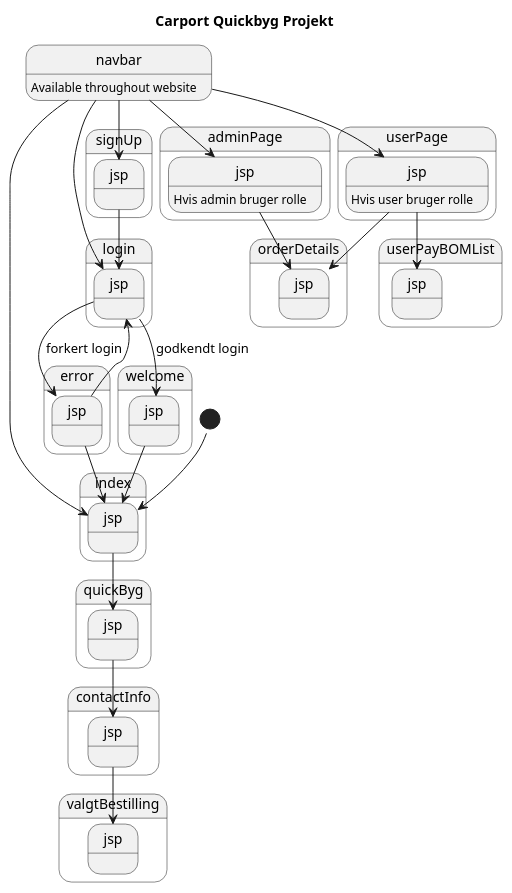
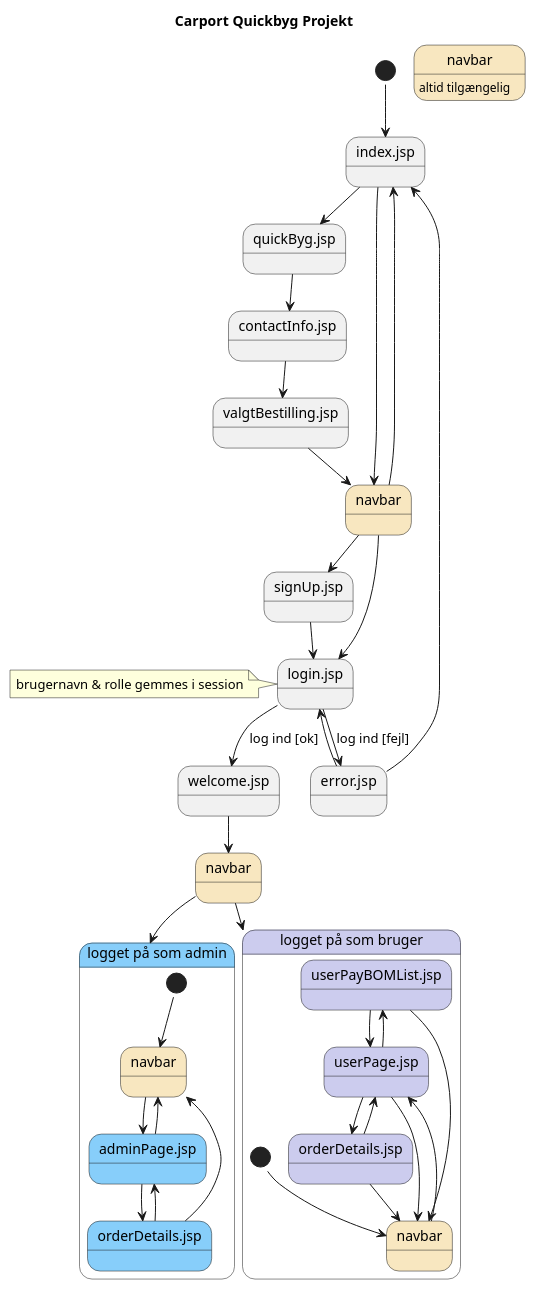
Before and after one commit to JuliusLansner/CarportWebapp: the diagram in src/main/plantUML/Navigationsdiagram.puml, drawn with PlantUML. The commit also changed other lines of this file and 4 other files, not shown here.

First line of the commit message:
ServletAdminPage now works without errors

```diff
--- a/src/main/plantUML/Navigationsdiagram.puml
+++ b/src/main/plantUML/Navigationsdiagram.puml
@@ -1,52 +1,66 @@
 @startuml
 !pragma layout smetana
 
 title Carport Quickbyg Projekt
-state index.jsp
-state error.jsp
-state login.jsp
-state signUp.jsp
-state welcome.jsp
-state contactInfo.jsp
-state orderDetails.jsp
-state quickByg.jsp
-state userPayBOMList.jsp
-state valgtBestilling.jsp
-state userPage.jsp
-state adminPage.jsp
+state "index.jsp" as indexJSP
+state "login.jsp" as loginJSP
+state "error.jsp" as errorJSP
+state "signUp.jsp" as signUpJSP
+state "contactInfo.jsp" as contactInfoJSP
+state "quickByg.jsp" as quickBygJSP
+state "valgtBestilling.jsp" as valgtBestillingJSP
+state "welcome.jsp" as welcomeJSP
+state navbar#Strategy: altid tilgængelig
+state "navbar" as navbar1 #Strategy
+state "navbar" as navbar2 #Strategy
+state "logget på som admin" as admin
+state "logget på som bruger" as bruger
 
-navbar:Available throughout website
-adminPage.jsp:Hvis admin bruger rolle
-userPage.jsp: Hvis user bruger rolle
+note left of loginJSP
+brugernavn & rolle gemmes i session
+end note
 
-
-[*] --> index.jsp
-
-navbar-->index.jsp
-navbar-->login.jsp
-navbar-->signUp.jsp
-
-navbar-->adminPage.jsp
-adminPage.jsp-->orderDetails.jsp
-navbar-->userPage.jsp
-userPage.jsp-->orderDetails.jsp
-userPage.jsp-->userPayBOMList.jsp
-
-login.jsp --> welcome.jsp: godkendt login
-login.jsp --> error.jsp: forkert login
-error.jsp --> index.jsp
-error.jsp --> login.jsp
-
-signUp.jsp-->login.jsp
-welcome.jsp --> index.jsp
-
-index.jsp-->quickByg.jsp
-quickByg.jsp-->contactInfo.jsp
-contactInfo.jsp--> valgtBestilling.jsp
-
-
-
-
-
-
+[*] --> indexJSP
+indexJSP --> navbar1
+indexJSP --> quickBygJSP
+navbar1 --> loginJSP
+navbar1 --> signUpJSP
+navbar1 --> indexJSP
+loginJSP --> welcomeJSP:log ind [ok]
+loginJSP --> errorJSP:log ind [fejl]
+signUpJSP --> loginJSP
+errorJSP --> loginJSP
+errorJSP --> indexJSP
+welcomeJSP --> navbar2
+navbar2 --> admin
+state admin #LightSkyBlue{
+state "navbar" as navbar3 #Strategy
+state "adminPage.jsp" as adminPageJSP #LightSkyBlue
+state "orderDetails.jsp" as orderDetailsJSP1 #LightSkyBlue
+[*] --> navbar3
+navbar3 --> adminPageJSP
+adminPageJSP --> orderDetailsJSP1
+orderDetailsJSP1 --> adminPageJSP
+orderDetailsJSP1 --> navbar3
+adminPageJSP --> navbar3
+}
+navbar2 --> bruger
+state bruger #CCCCEE{
+state "userPayBOMList.jsp" as userPayBOMListJSP #CCCCEE
+state "orderDetails.jsp" as orderDetailsJSP #CCCCEE
+state "userPage.jsp" as userPageJSP #CCCCEE
+state "navbar" as navbar4 #Strategy
+[*] --> navbar4
+navbar4 --> userPageJSP
+userPageJSP --> navbar4
+userPageJSP --> orderDetailsJSP
+orderDetailsJSP --> userPageJSP
+orderDetailsJSP --> navbar4
+userPageJSP --> userPayBOMListJSP
+userPayBOMListJSP --> userPageJSP
+userPayBOMListJSP --> navbar4
+}
+quickBygJSP --> contactInfoJSP
+contactInfoJSP --> valgtBestillingJSP
+valgtBestillingJSP --> navbar1
 @enduml
```
